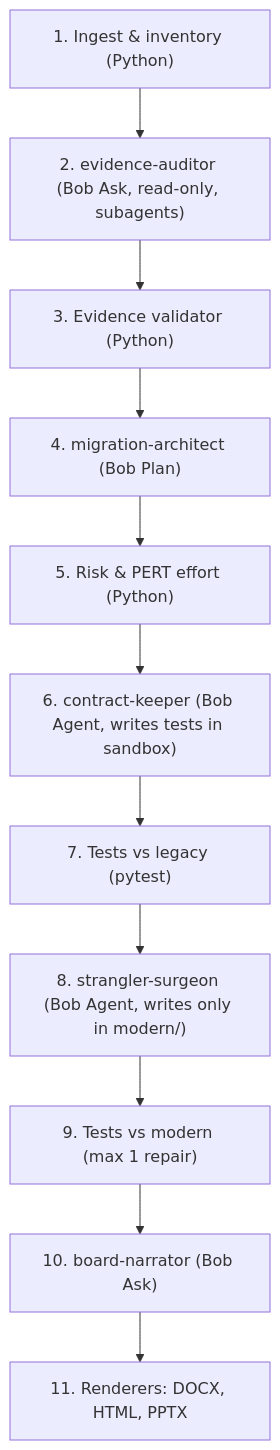
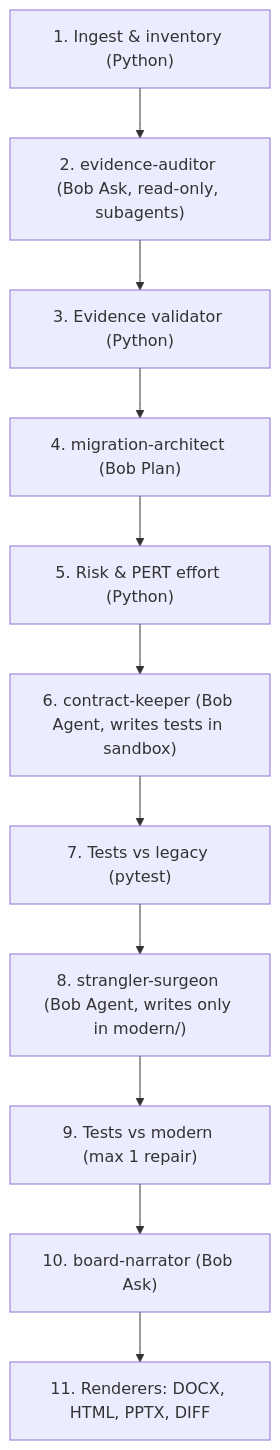
The diagram in README.md (JeanCarlos14301/CodeArchaeologist-AI-x-BOB-2.0), drawn with Mermaid before and after one commit. The commit also changed other lines of this file and 3 other files, not shown here.

````diff
--- a/README.md
+++ b/README.md
@@ -35,13 +40,13 @@
 ```mermaid
 flowchart TD
     A["1. Ingest & inventory (Python)"] --> B["2. evidence-auditor (Bob Ask, read-only, subagents)"]
     B --> C["3. Evidence validator (Python)"]
     C --> D["4. migration-architect (Bob Plan)"]
     D --> E["5. Risk & PERT effort (Python)"]
     E --> F["6. contract-keeper (Bob Agent, writes tests in sandbox)"]
     F --> G["7. Tests vs legacy (pytest)"]
     G --> H["8. strangler-surgeon (Bob Agent, writes only in modern/)"]
     H --> I["9. Tests vs modern (max 1 repair)"]
     I --> J["10. board-narrator (Bob Ask)"]
-    J --> K["11. Renderers: DOCX, HTML, PPTX"]
+    J --> K["11. Renderers: DOCX, HTML, PPTX, DIFF"]
 ```
````
